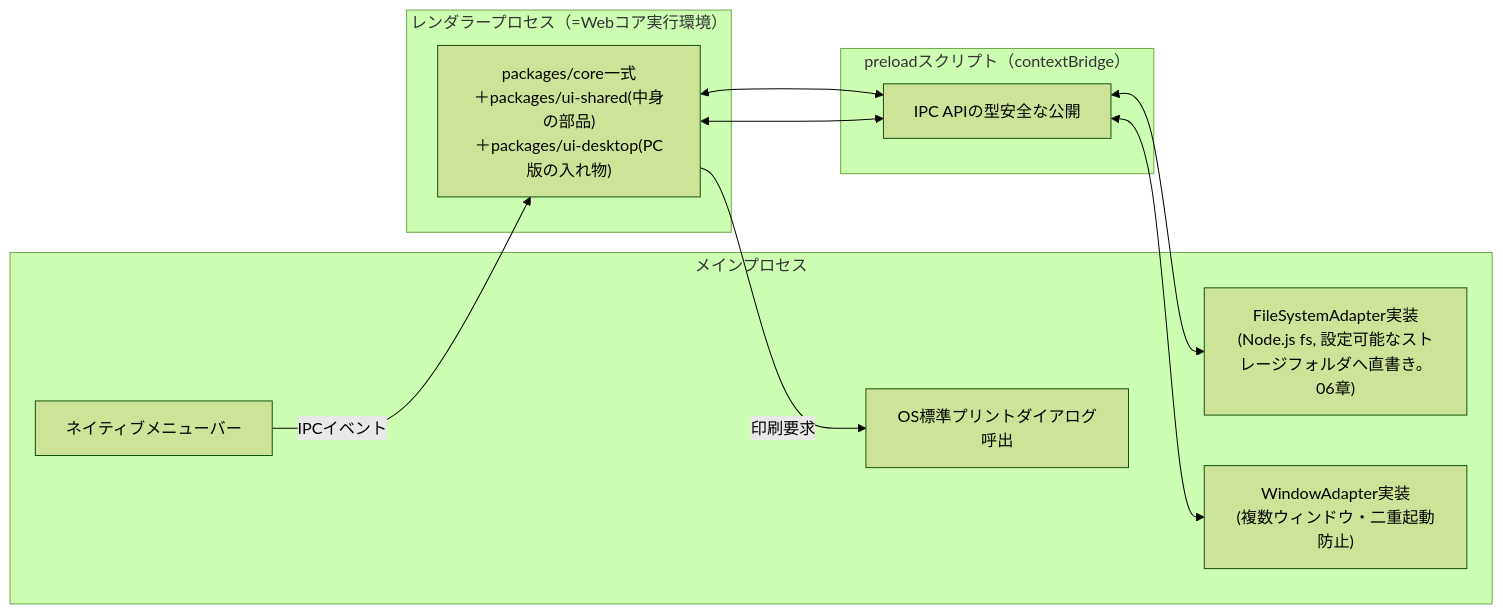
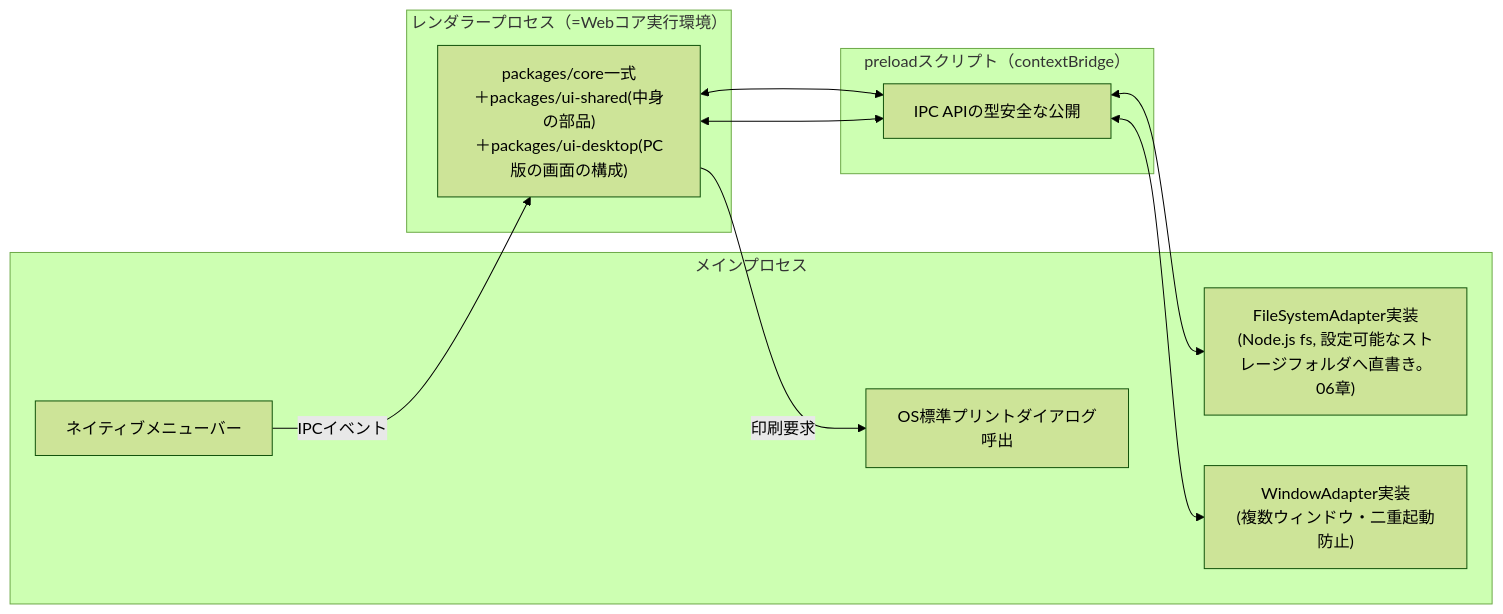
One commit to ippoooooshi/RiFF-LiNE changed the second of 2 diagrams in docs/basic_design/01_architecture.md. Above: the diagram before and after it, drawn with Mermaid (forest theme). The commit also changed other lines of this file and 210 other files, not shown here.

````diff
--- a/docs/basic_design/01_architecture.md
+++ b/docs/basic_design/01_architecture.md
@@ -141,19 +141,19 @@
 ```mermaid
 flowchart LR
     subgraph Main["メインプロセス"]
         MFS["FileSystemAdapter実装\n(Node.js fs, 設定可能なストレージフォルダへ直書き。06章)"]
         MWIN["WindowAdapter実装\n(複数ウィンドウ・二重起動防止)"]
         MMENU["ネイティブメニューバー"]
         MPRINT["OS標準プリントダイアログ呼出"]
     end
     subgraph Preload["preloadスクリプト（contextBridge）"]
         BRIDGE["IPC APIの型安全な公開"]
     end
     subgraph Renderer["レンダラープロセス（=Webコア実行環境）"]
-        CORE["packages/core一式\n＋packages/ui-shared(中身の部品)\n＋packages/ui-desktop(PC版の入れ物)"]
+        CORE["packages/core一式\n＋packages/ui-shared(中身の部品)\n＋packages/ui-desktop(PC版の画面の構成)"]
     end
     CORE <--> BRIDGE <--> MFS
     CORE <--> BRIDGE <--> MWIN
     MMENU -->|IPCイベント| CORE
     CORE -->|印刷要求| MPRINT
 ```
````
